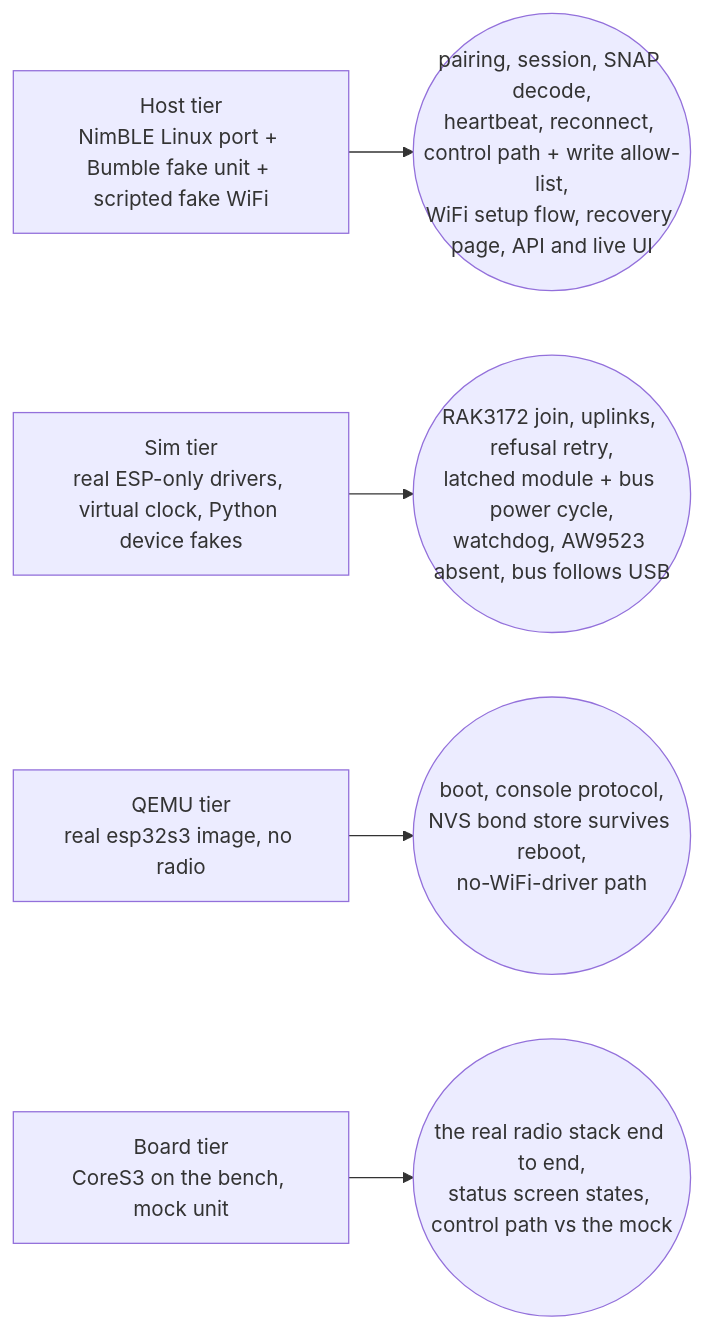
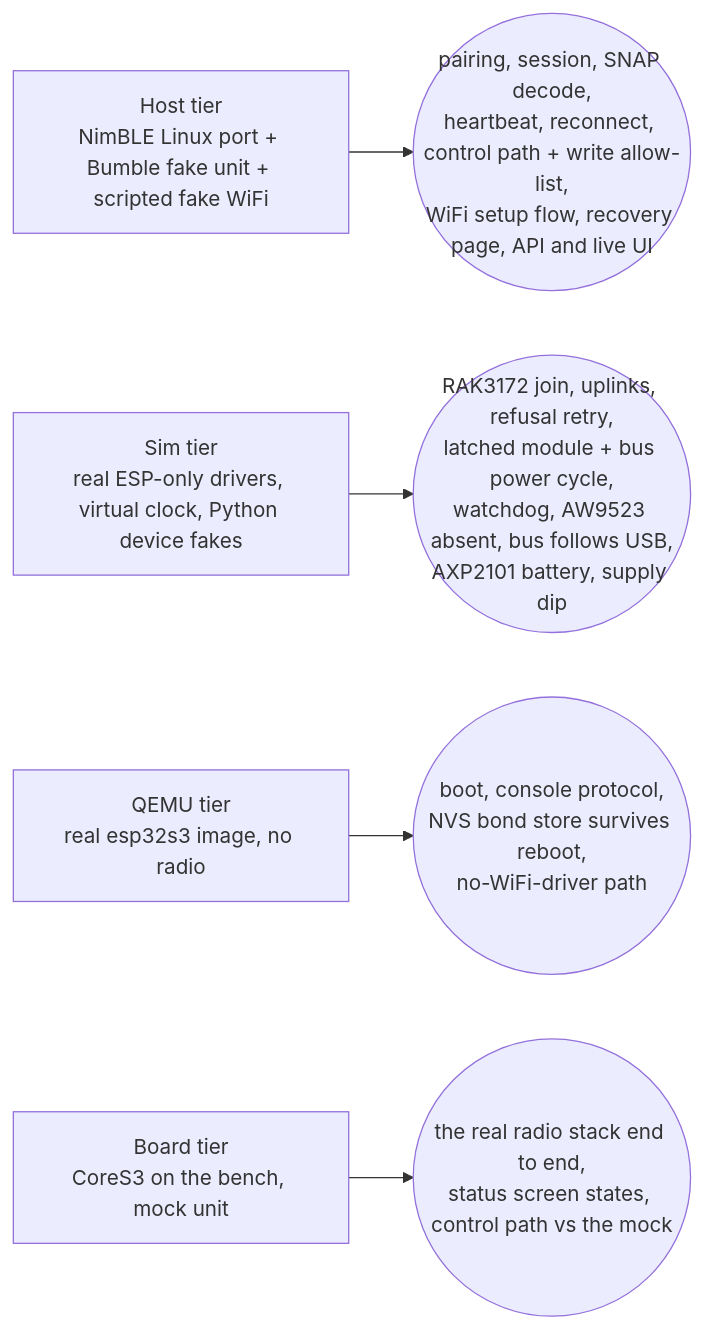
Before and after one commit to ckeller42/open-california: the first of 3 diagrams in docs/firmware.md, drawn with Mermaid. The commit also changed other lines of this file and 15 other files, not shown here.

````diff
--- a/docs/firmware.md
+++ b/docs/firmware.md
@@ -49,7 +49,7 @@
 ```mermaid
 flowchart LR
   H["Host tier<br/>NimBLE Linux port + Bumble fake unit + scripted fake WiFi"] --> HP(("pairing, session, SNAP decode,<br/>heartbeat, reconnect, control path + write allow-list,<br/>WiFi setup flow, recovery page, API and live UI"))
-  S["Sim tier<br/>real ESP-only drivers, virtual clock, Python device fakes"] --> SP(("RAK3172 join, uplinks, refusal retry,<br/>latched module + bus power cycle,<br/>watchdog, AW9523 absent, bus follows USB"))
+  S["Sim tier<br/>real ESP-only drivers, virtual clock, Python device fakes"] --> SP(("RAK3172 join, uplinks, refusal retry,<br/>latched module + bus power cycle,<br/>watchdog, AW9523 absent, bus follows USB,<br/>AXP2101 battery, supply dip"))
   Q["QEMU tier<br/>real esp32s3 image, no radio"] --> QP(("boot, console protocol,<br/>NVS bond store survives reboot,<br/>no-WiFi-driver path"))
   B["Board tier<br/>CoreS3 on the bench, mock unit"] --> BP(("the real radio stack end to end,<br/>status screen states, control path vs the mock"))
 ```
````
